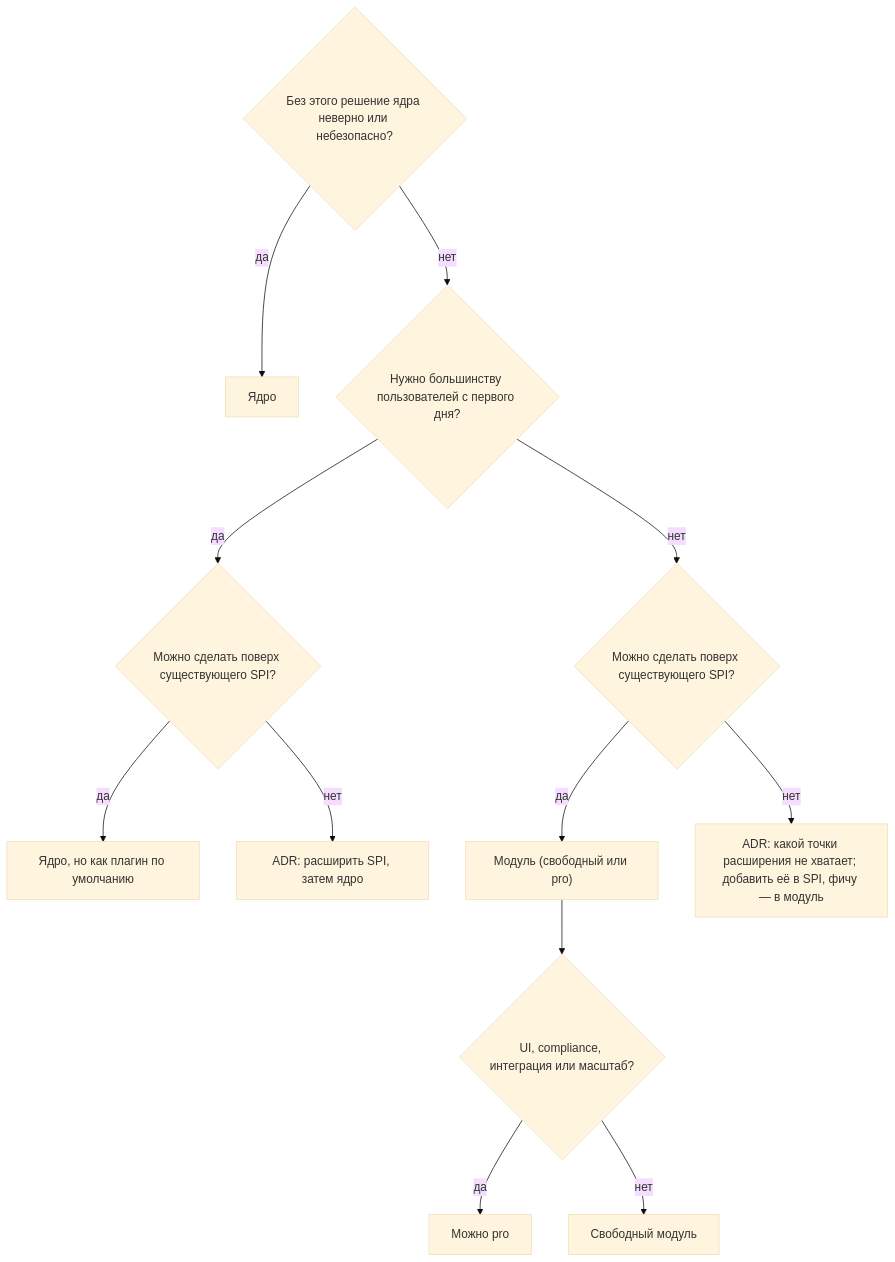
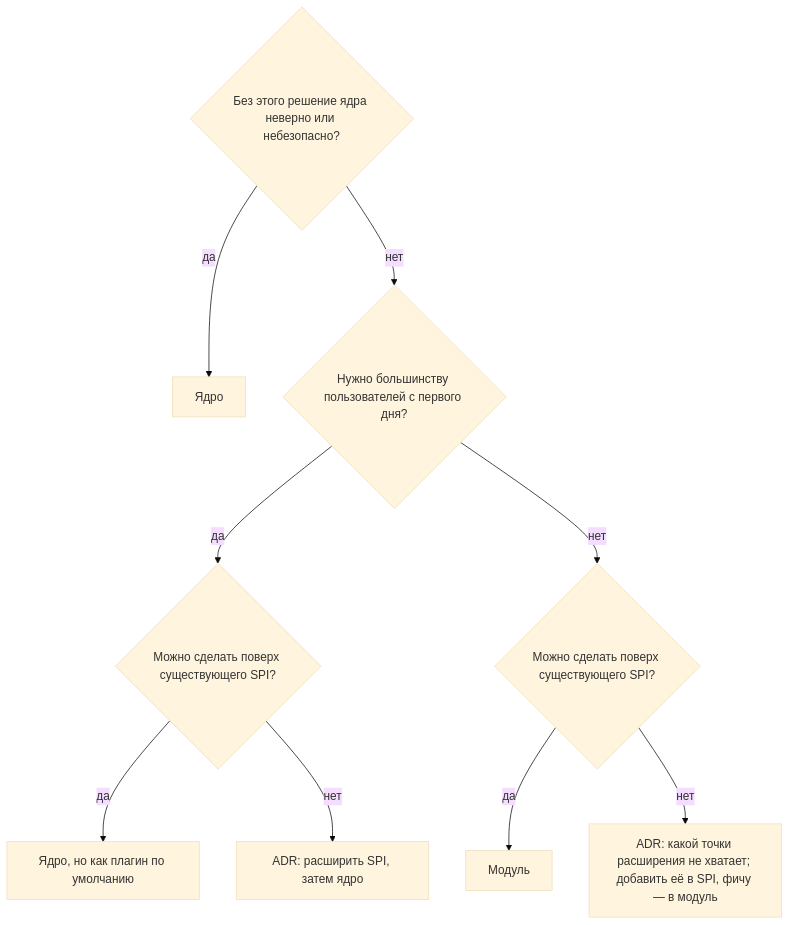
One commit to axiomasoft/azguard-private changed the third of 3 diagrams in audits/2026-10-09-architecture-modularization.md. Above: the diagram before and after it, drawn with Mermaid (base theme). The commit also changed other lines of this file, not shown here.

````diff
--- a/audits/2026-10-09-architecture-modularization.md
+++ b/audits/2026-10-09-architecture-modularization.md
@@ -614,14 +516,11 @@
 ```mermaid
 flowchart TD
   Q1{"Без этого решение ядра неверно или небезопасно?"} -- да --> CORE["Ядро"]
   Q1 -- нет --> Q2{"Нужно большинству пользователей с первого дня?"}
   Q2 -- да --> Q3{"Можно сделать поверх существующего SPI?"}
   Q2 -- нет --> Q4{"Можно сделать поверх существующего SPI?"}
   Q3 -- да --> CORE2["Ядро, но как плагин по умолчанию"]
   Q3 -- нет --> ADR["ADR: расширить SPI, затем ядро"]
-  Q4 -- да --> MOD["Модуль (свободный или pro)"]
+  Q4 -- да --> MOD["Модуль"]
   Q4 -- нет --> ADR2["ADR: какой точки расширения не хватает; добавить её в SPI, фичу — в модуль"]
-  MOD --> Q5{"UI, compliance, интеграция или масштаб?"}
-  Q5 -- да --> PRO["Можно pro"]
-  Q5 -- нет --> FREE["Свободный модуль"]
 ```
````
